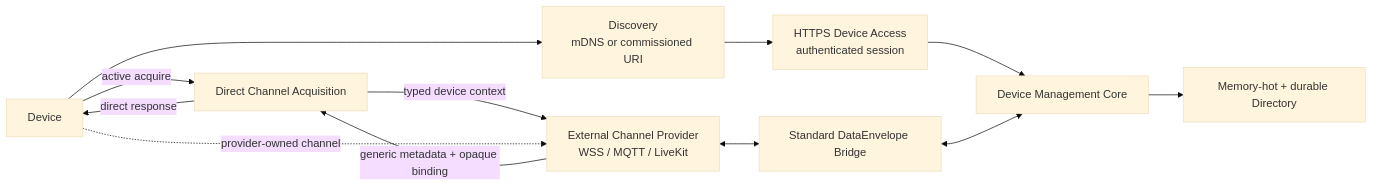
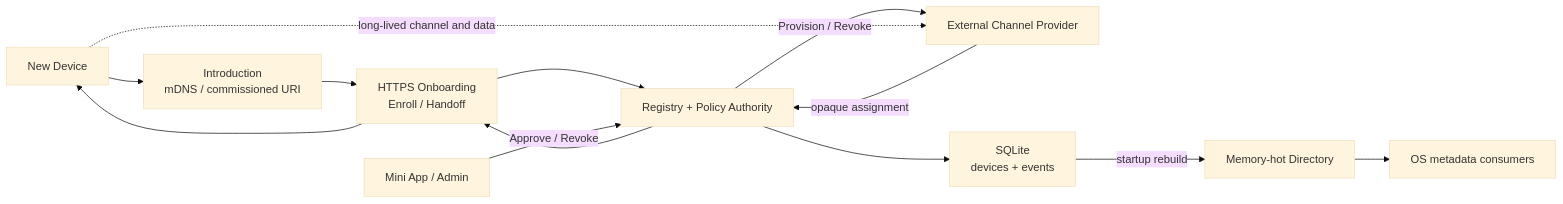
One commit to eidolon-os/eidolon_hub changed the first of 2 diagrams in docs/architecture/hub-three-plane.md. Above: the diagram before and after it, drawn with Mermaid (base theme). The commit also changed other lines of this file and 202 other files, not shown here.

Commit message:
refactor: converge hub to device onboarding

````diff
--- a/docs/architecture/hub-three-plane.md
+++ b/docs/architecture/hub-three-plane.md
@@ -7,20 +5,19 @@
 ```mermaid
 flowchart LR
-    Device["Device"]
-    Discovery["Discovery<br/>mDNS or commissioned URI"]
-    Access["HTTPS Device Access<br/>authenticated session"]
-    Core["Device Management Core"]
-    Acquire["Direct Channel Acquisition"]
-    Provider["External Channel Provider<br/>WSS / MQTT / LiveKit"]
-    Bridge["Standard DataEnvelope Bridge"]
-    Directory["Memory-hot + durable Directory"]
+    Device["New Device"]
+    Intro["Introduction<br/>mDNS / commissioned URI"]
+    Onboarding["HTTPS Onboarding<br/>Enroll / Handoff"]
+    Core["Registry + Policy Authority"]
+    App["Mini App / Admin"]
+    Provider["External Channel Provider"]
+    Memory["Memory-hot Directory"]
+    DB["SQLite<br/>devices + events"]
+    Consumers["OS metadata consumers"]
 
-    Device --> Discovery --> Access --> Core
-    Device -->|"active acquire"| Acquire
-    Acquire -->|"typed device context"| Provider
-    Provider -->|"generic metadata + opaque binding"| Acquire
-    Acquire -->|"direct response"| Device
-    Device -. "provider-owned channel" .-> Provider
-    Provider <--> Bridge <--> Core
-    Core --> Directory
+    Device --> Intro --> Onboarding --> Core
+    App -->|"Approve / Revoke"| Core
+    Core -->|"Provision / Revoke"| Provider
+    Provider -->|"opaque assignment"| Core --> Onboarding --> Device
+    Device -. "long-lived channel and data" .-> Provider
+    Core --> DB -->|"startup rebuild"| Memory --> Consumers
 ```
````
